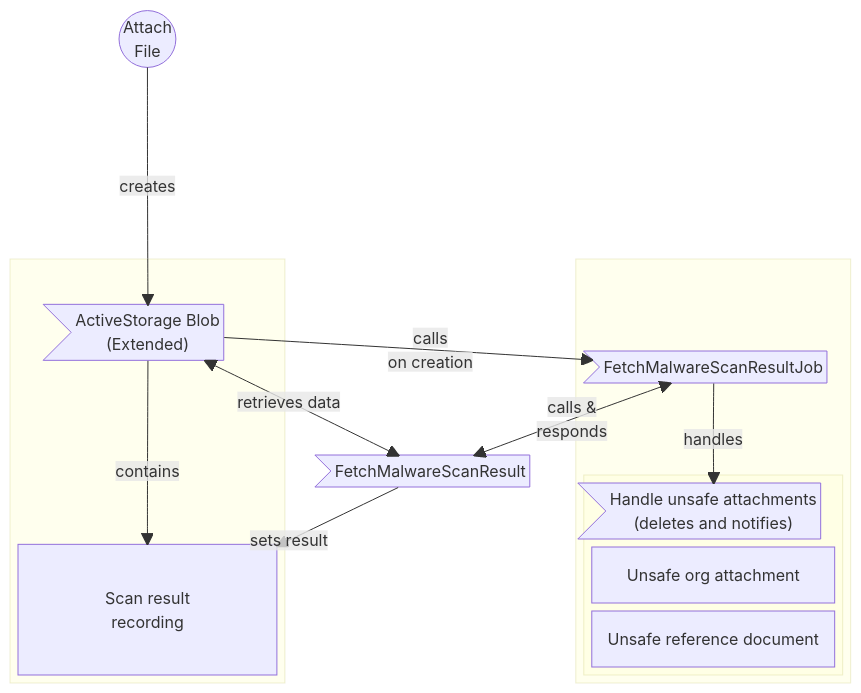
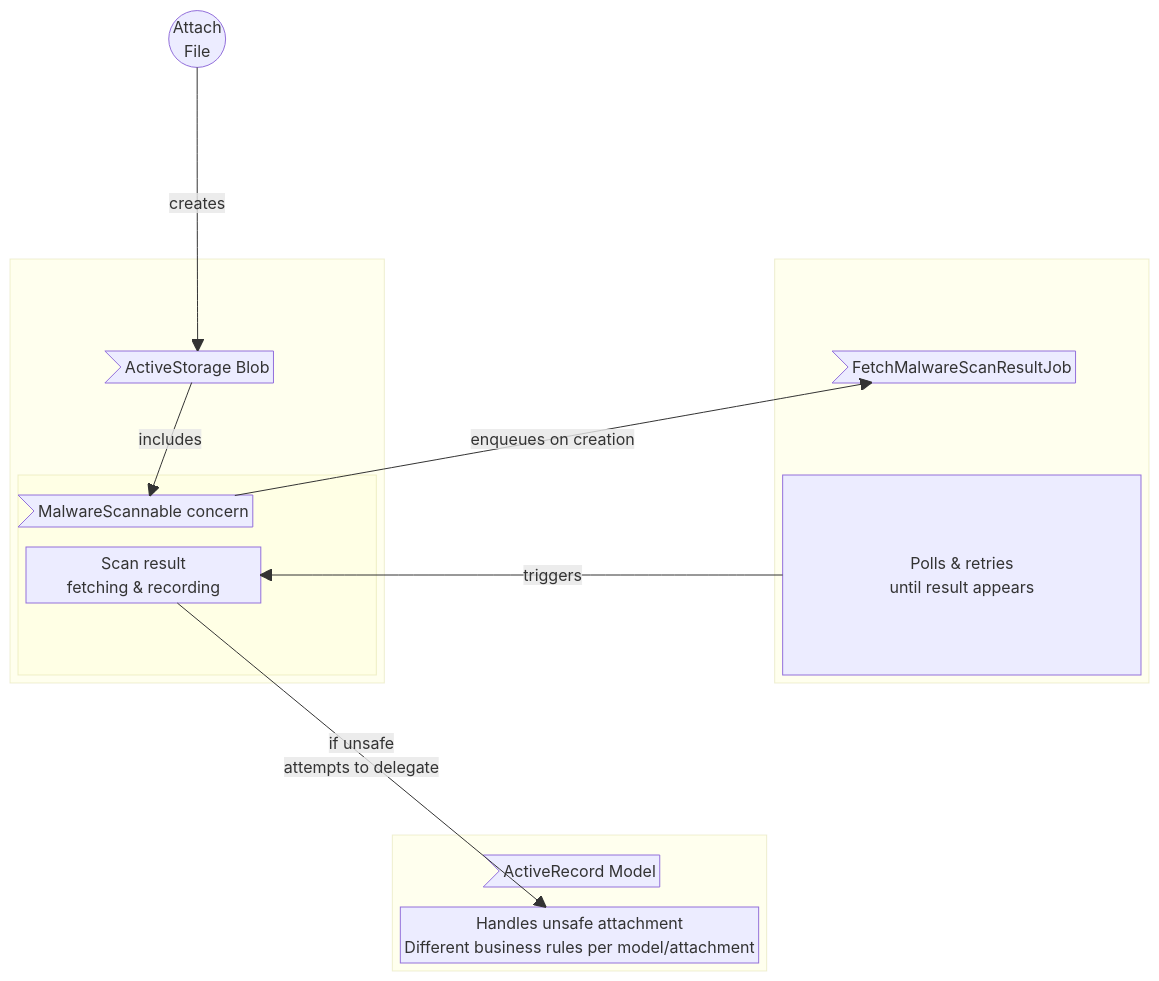
Before and after one commit to DFE-Digital/teaching-vacancies: the second of 2 diagrams in documentation/service/technical/file-uploads-antivirus-scan.md, drawn with Mermaid. The commit also changed other lines of this file and 17 other files, not shown here.

First line of the commit message:
Refactor malware scan logic into model concern (#8868)

````diff
--- a/documentation/service/technical/file-uploads-antivirus-scan.md
+++ b/documentation/service/technical/file-uploads-antivirus-scan.md
@@ -38,30 +38,33 @@
 ```mermaid
 block-beta
 columns 3
   attach(("Attach\nFile")) space:2
   block-beta
     columns 1
-    blob>"ActiveStorage Blob\n(Extended)"]
-    space:1
-    scanresult["Scan result\nrecording"]
+    blob>"ActiveStorage Blob"]
+    block-beta
+      columns 1
+      concern>"MalwareScannable concern"]
+      scanfetching["Scan result\nfetching & recording"]
+      space:1
+    end
   end
-  service>"FetchMalwareScanResult"]
+  space:1
   block-beta
     columns 1
     job>"FetchMalwareScanResultJob"]
-    block-beta
-      columns 1
-      handle>"Handle unsafe attachments\n(deletes and notifies)"]
-      unsafeorg["Unsafe org attachment"]
-      unsaferef["Unsafe reference document"]
-    end
+    polling["Polls & retries\nuntil result appears"]
+  end
+  space:1
+  block-beta
+    columns 1
+    model>"ActiveRecord Model"]
+    handler["Handles unsafe attachment\nDifferent business rules per model/attachment"]
   end
 
   attach -- "creates" -->blob
-  blob -- "contains" -->scanresult
-  blob -- "calls\non creation" -->job
-  service -- "sets result" --> scanresult
-  job -- "calls &\nresponds" <--> service
-  service -- "retrieves data" <-->blob
-  job -- "handles" --> handle
+  blob -- "includes" -->concern
+  concern -- "enqueues on creation" -->job
+  polling -- "triggers" --> scanfetching
+  scanfetching -- "if unsafe\nattempts to delegate" --> handler
 ```
````
